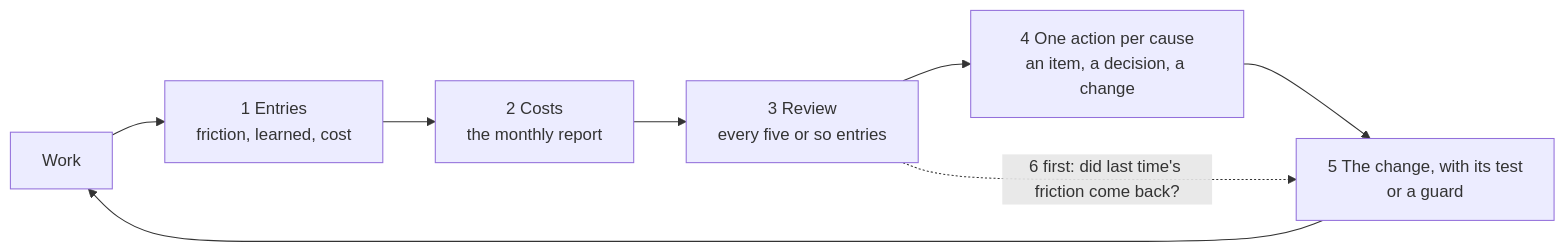
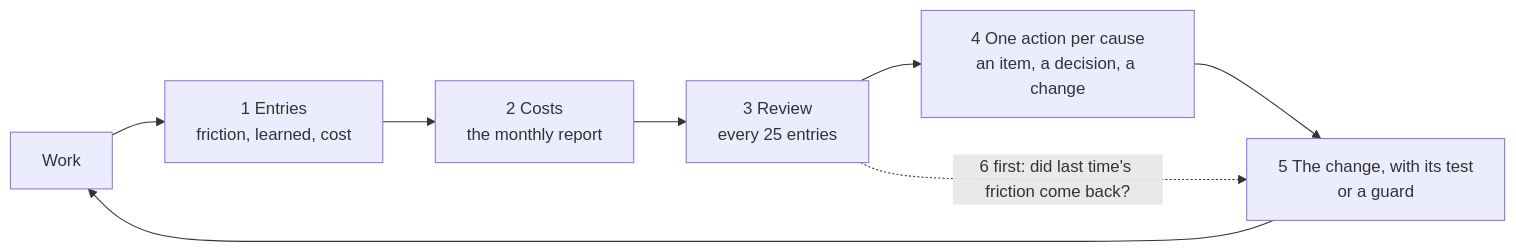
Before and after one commit to nabil-becker/devcontainer-features: the fourth of 4 diagrams in PROCESS.md, drawn with Mermaid. The commit also changed other lines of this file and 19 other files, not shown here.

First line of the commit message:
devhost 1.8.2: the ledger review every 25 entries; the entry rate and a spend target in the cost report (#45)

````diff
--- a/PROCESS.md
+++ b/PROCESS.md
@@ -121,10 +121,10 @@
 ```mermaid
 flowchart LR
   work["Work"] --> entries["1 Entries<br/>friction, learned, cost"]
   entries --> costs["2 Costs<br/>the monthly report"]
-  costs --> review["3 Review<br/>every five or so entries"]
+  costs --> review["3 Review<br/>every 25 entries"]
   review --> backlog["4 One action per cause<br/>an item, a decision, a change"]
   backlog --> change["5 The change, with its test<br/>or a guard"]
   change --> work
   review -.->|"6 first: did last time's friction come back?"| change
 ```
````
